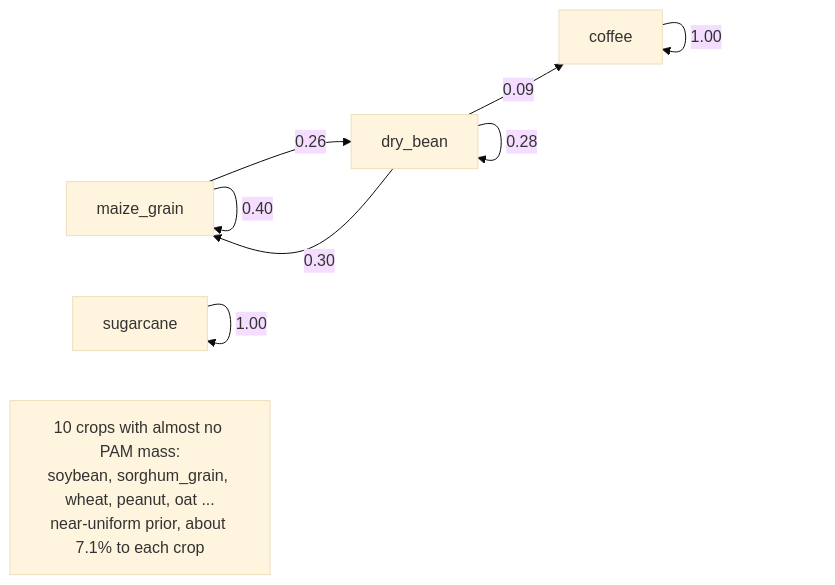
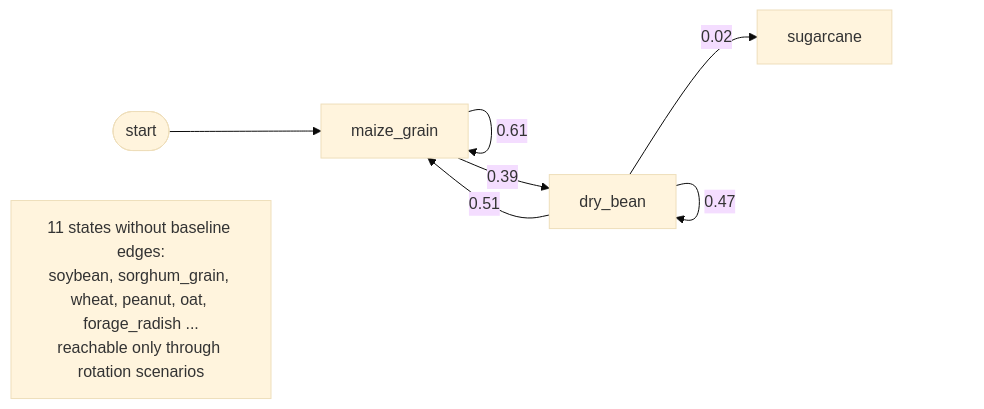
Before and after one commit to Gabriel-ASM/field-shift: the sixth of 8 diagrams in docs/backend-design.md, drawn with Mermaid (base theme). The commit also changed other lines of this file and 49 other files, not shown here.

````diff
--- a/docs/backend-design.md
+++ b/docs/backend-design.md
@@ -200,11 +201,10 @@
 ```mermaid
 flowchart LR
-  maize_grain -->|0.40| maize_grain
-  maize_grain -->|0.26| dry_bean
-  sugarcane -->|1.00| sugarcane
-  coffee -->|1.00| coffee
-  dry_bean -->|0.30| maize_grain
-  dry_bean -->|0.09| coffee
-  dry_bean -->|0.28| dry_bean
-  weak["10 crops with almost no PAM mass:<br/>soybean, sorghum_grain, wheat, peanut, oat ...<br/>near-uniform prior, about 7.1% to each crop"]
+  maize_grain -->|0.61| maize_grain
+  maize_grain -->|0.39| dry_bean
+  dry_bean -->|0.51| maize_grain
+  dry_bean -->|0.47| dry_bean
+  dry_bean -->|0.02| sugarcane
+  start(["start"]) --> maize_grain
+  alone["11 states without baseline edges:<br/>soybean, sorghum_grain, wheat, peanut, oat, forage_radish ...<br/>reachable only through rotation scenarios"]
 ```
````
